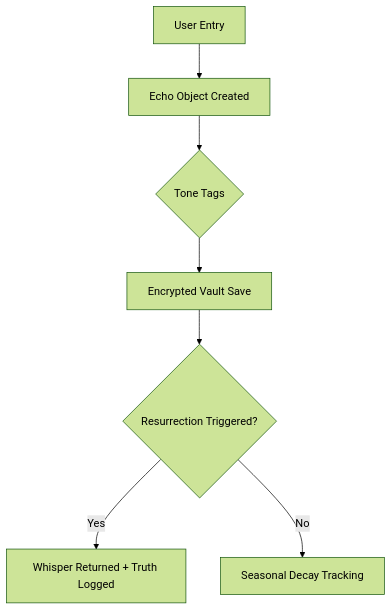
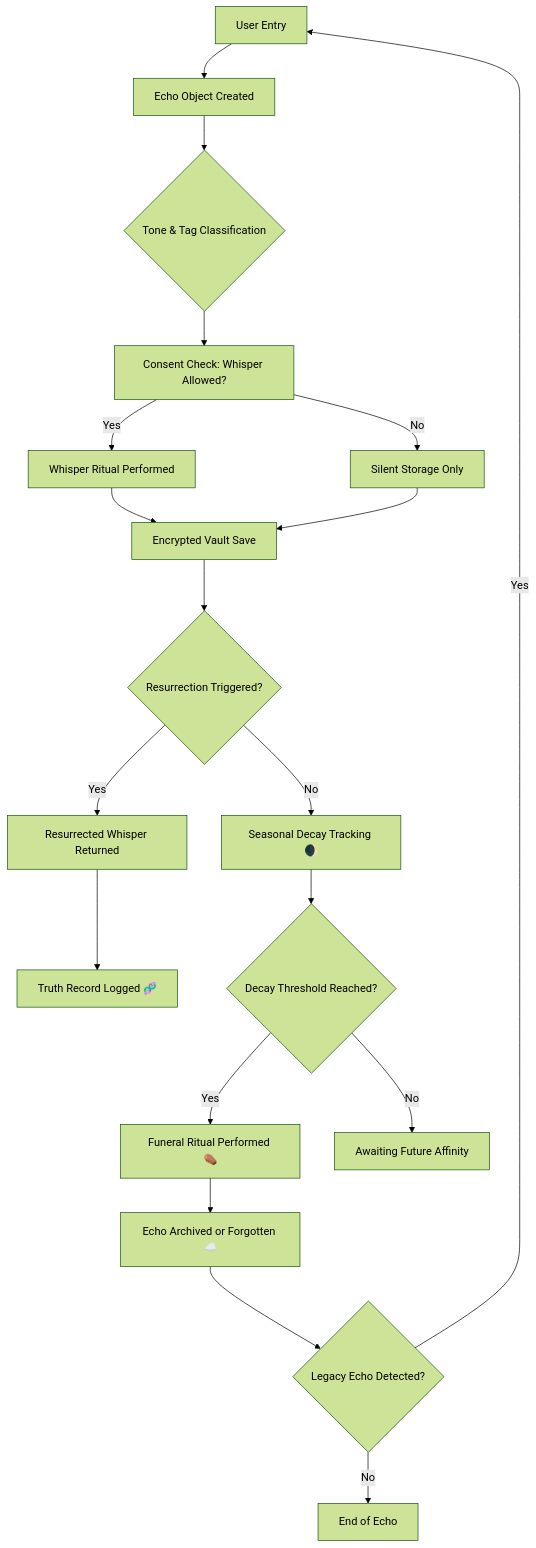
Before and after one commit to Cubits11/ghost_core: the diagram in README.md, drawn with Mermaid (forest theme).

````diff
--- a/README.md
+++ b/README.md
@@ -62,9 +62,21 @@
 ```mermaid
 flowchart TD
     A[User Entry] --> B[Echo Object Created]
-    B --> C{Tone Tags}
-    C --> D[Encrypted Vault Save]
-    D --> E{Resurrection Triggered?}
-    E -->|Yes| F[Whisper Returned + Truth Logged]
-    E -->|No| G[Seasonal Decay Tracking]
+    B --> C{Tone & Tag Classification}
+    C --> D[Consent Check: Whisper Allowed?]
+    D -- Yes --> E[Whisper Ritual Performed]
+    D -- No --> F[Silent Storage Only]
+    E --> G[Encrypted Vault Save]
+    F --> G
+    G --> H{Resurrection Triggered?}
+    H -- Yes --> I[Resurrected Whisper Returned]
+    I --> J[Truth Record Logged 🧬]
+    H -- No --> K[Seasonal Decay Tracking 🌒]
+    K --> L{Decay Threshold Reached?}
+    L -- Yes --> M[Funeral Ritual Performed ⚰️]
+    M --> N[Echo Archived or Forgotten ☁️]
+    L -- No --> O[Awaiting Future Affinity]
+    N --> P{Legacy Echo Detected?}
+    P -- Yes --> A
+    P -- No --> Q[End of Echo]
 ```
````
